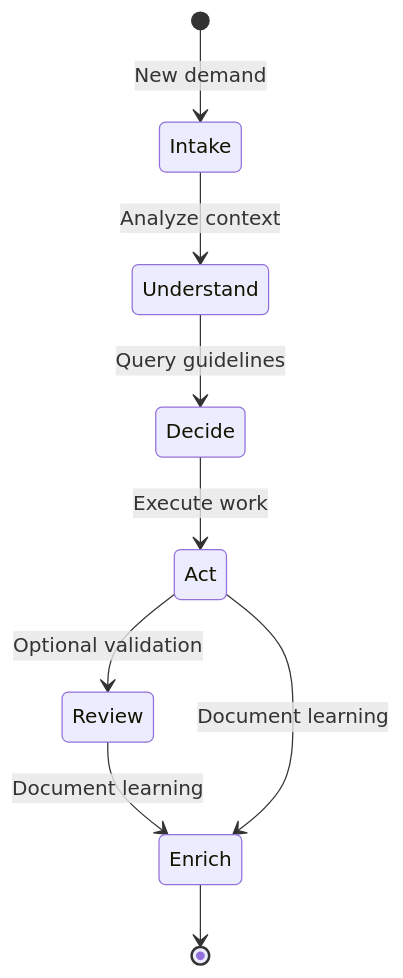
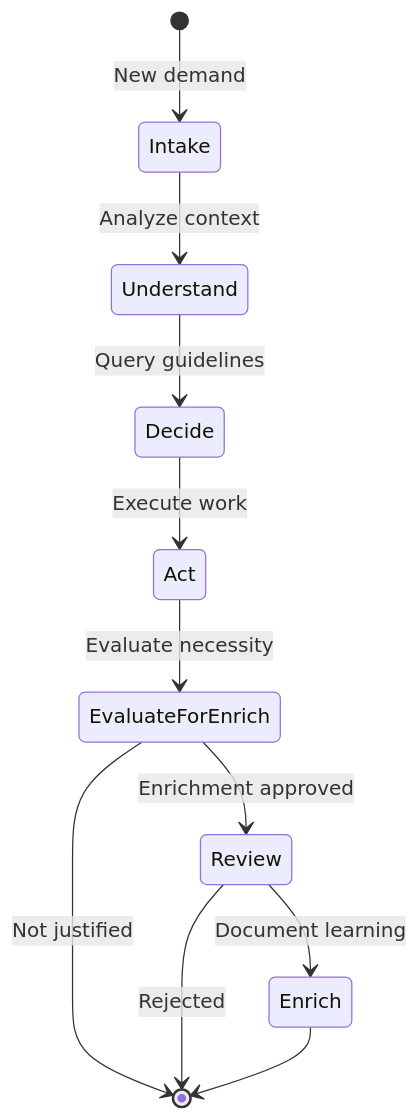
One commit to netomantonio/matrix-protocol changed the tenth of 14 diagrams in ZWF_ZION_WORKFLOW_FRAMEWORK.md. Above: the diagram before and after it, drawn with Mermaid. The commit also changed other lines of this file, not shown here.

````diff
--- a/ZWF_ZION_WORKFLOW_FRAMEWORK.md
+++ b/ZWF_ZION_WORKFLOW_FRAMEWORK.md
@@ -1577,11 +2119,13 @@
 ```mermaid
 stateDiagram-v2
     [*] --> Intake: New demand
     Intake --> Understand: Analyze context
     Understand --> Decide: Query guidelines
     Decide --> Act: Execute work
-    Act --> Review: Optional validation
+    Act --> EvaluateForEnrich: Evaluate necessity
+    EvaluateForEnrich --> Review: Enrichment approved
+    EvaluateForEnrich --> [*]: Not justified
     Review --> Enrich: Document learning
-    Act --> Enrich: Document learning
+    Review --> [*]: Rejected
     Enrich --> [*]
 ```
````
